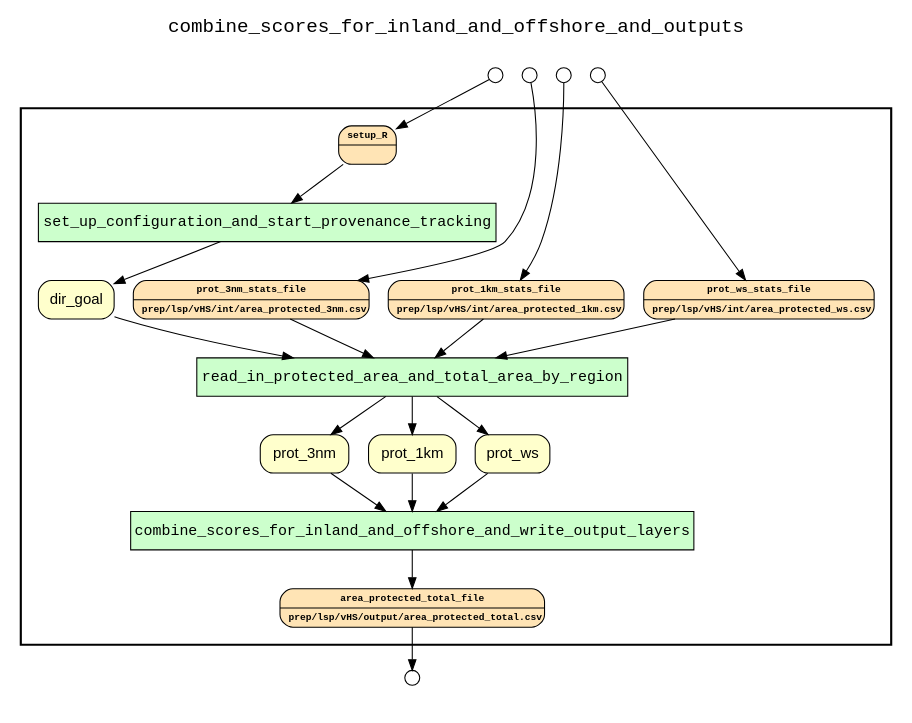
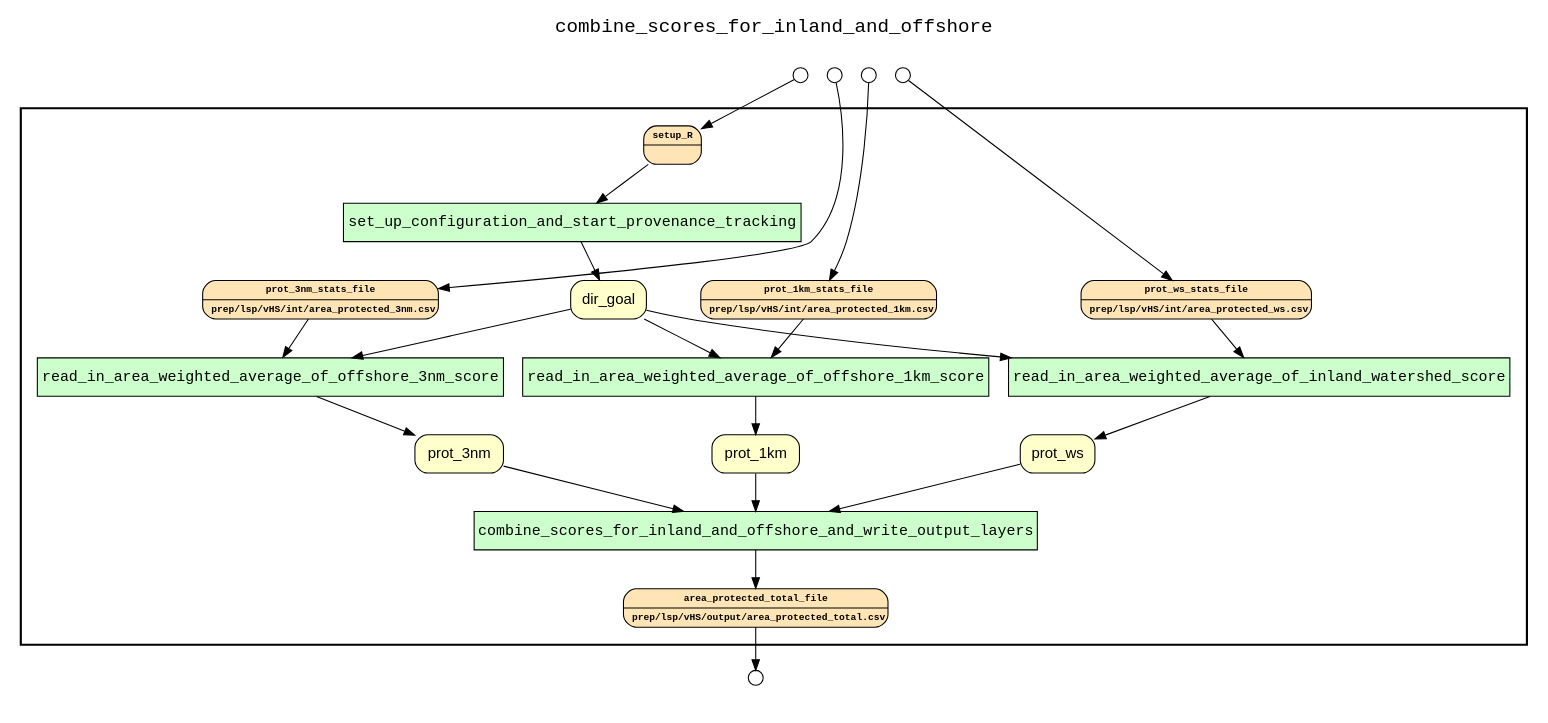
The diagram in examples/OHIBC_Howe_Sound/hybrid provenance queries/examples/combine_inland_and_offshore/results/wf_recon_upstream_of_area_protected_total_file.gv (sycao5/runManager-multipleRuns), drawn with Graphviz before and after one commit. The commit also changed 67 other files, not shown here.

Commit message:
Update hybrid provenance results for lsp_zonal_stats.R, estimate_status_and_trend_by_year.R, and combine_inland_and_offshore.R

```diff
--- a/examples/OHIBC_Howe_Sound/hybrid provenance queries/examples/combine_inland_and_offshore/results/wf_recon_upstream_of_area_protected_total_file.gv
+++ b/examples/OHIBC_Howe_Sound/hybrid provenance queries/examples/combine_inland_and_offshore/results/wf_recon_upstream_of_area_protected_total_file.gv
@@ -1,58 +1,62 @@
 
 digraph yw_data_view {
 rankdir=TB
 fontname=Courier; fontsize=18; labelloc=t
-label="combine_scores_for_inland_and_offshore_and_outputs"
+label="combine_scores_for_inland_and_offshore"
 subgraph cluster_workflow { label=""; color=black; penwidth=2
 subgraph cluster_workflow_inner { label=""; color=white
 node[shape=box style="filled" fillcolor="#CCFFCC" peripheries=1 fontname=Courier]
-read_in_protected_area_and_total_area_by_region
+read_in_area_weighted_average_of_inland_watershed_score
+read_in_area_weighted_average_of_offshore_1km_score
+read_in_area_weighted_average_of_offshore_3nm_score
 set_up_configuration_and_start_provenance_tracking
 combine_scores_for_inland_and_offshore_and_write_output_layers
 node[shape=box style="filled" fillcolor="#CCFFCC" peripheries=1 fontname=Courier]
 node[shape=box style="rounded,filled" fillcolor="#FFFFCC" peripheries=1 fontname=Helvetica]
 dir_goal
 prot_3nm
 prot_1km
 prot_ws
 node[shape=box style="rounded,filled" fillcolor="#FFE4B5" peripheries=1 fontname="Courier-Bold" fontsize=9]
 setup_R[shape=record rankdir=LR label="{<f0> setup_R |<f1>}"]
 prot_3nm_stats_file[shape=record rankdir=LR label="{<f0> prot_3nm_stats_file |<f1>prep/lsp/vHS/int/area_protected_3nm.csv\l}"]
 prot_1km_stats_file[shape=record rankdir=LR label="{<f0> prot_1km_stats_file |<f1>prep/lsp/vHS/int/area_protected_1km.csv\l}"]
 prot_ws_stats_file[shape=record rankdir=LR label="{<f0> prot_ws_stats_file |<f1>prep/lsp/vHS/int/area_protected_ws.csv\l}"]
 node[shape=box style="rounded,filled" fillcolor="#FFE4B5" peripheries=1 fontname="Courier-Bold" fontsize=9]
 area_protected_total_file[shape=record rankdir=LR label="{<f0> area_protected_total_file |<f1>prep/lsp/vHS/output/area_protected_total.csv\l}"]
 node[shape=box style="rounded,filled" fillcolor="#FFFFFF" peripheries=1 fontname=Helvetica]
 }}
 subgraph cluster_inflows { label=""; color=white; penwidth=2
 subgraph cluster_inflows_inner { label=""; color=white
 node[shape=circle fillcolor="#FFFFFF" peripheries=1 width=0.2]
 setup_R_inflow [label=""]
 prot_3nm_stats_file_inflow [label=""]
 prot_1km_stats_file_inflow [label=""]
 prot_ws_stats_file_inflow [label=""]
 }}
 subgraph cluster_outflows { label=""; color=white; penwidth=2
 subgraph cluster_outflows_inner { label=""; color=white
 node[shape=circle fillcolor="#FFFFFF" peripheries=1 width=0.2]
 area_protected_total_file_outflow [label=""]
 }}
 prot_ws -> combine_scores_for_inland_and_offshore_and_write_output_layers
+prot_ws_stats_file -> read_in_area_weighted_average_of_inland_watershed_score
 prot_1km -> combine_scores_for_inland_and_offshore_and_write_output_layers
+prot_1km_stats_file -> read_in_area_weighted_average_of_offshore_1km_score
 prot_3nm -> combine_scores_for_inland_and_offshore_and_write_output_layers
-prot_ws_stats_file -> read_in_protected_area_and_total_area_by_region
-prot_1km_stats_file -> read_in_protected_area_and_total_area_by_region
-prot_3nm_stats_file -> read_in_protected_area_and_total_area_by_region
-dir_goal -> read_in_protected_area_and_total_area_by_region
+prot_3nm_stats_file -> read_in_area_weighted_average_of_offshore_3nm_score
+dir_goal -> read_in_area_weighted_average_of_inland_watershed_score
+dir_goal -> read_in_area_weighted_average_of_offshore_1km_score
+dir_goal -> read_in_area_weighted_average_of_offshore_3nm_score
 setup_R -> set_up_configuration_and_start_provenance_tracking
 set_up_configuration_and_start_provenance_tracking -> dir_goal
-read_in_protected_area_and_total_area_by_region -> prot_3nm
-read_in_protected_area_and_total_area_by_region -> prot_1km
-read_in_protected_area_and_total_area_by_region -> prot_ws
+read_in_area_weighted_average_of_offshore_3nm_score -> prot_3nm
+read_in_area_weighted_average_of_offshore_1km_score -> prot_1km
+read_in_area_weighted_average_of_inland_watershed_score -> prot_ws
 combine_scores_for_inland_and_offshore_and_write_output_layers -> area_protected_total_file
 setup_R_inflow -> setup_R
 prot_3nm_stats_file_inflow -> prot_3nm_stats_file
 prot_1km_stats_file_inflow -> prot_1km_stats_file
 prot_ws_stats_file_inflow -> prot_ws_stats_file
 area_protected_total_file -> area_protected_total_file_outflow
 }
```
